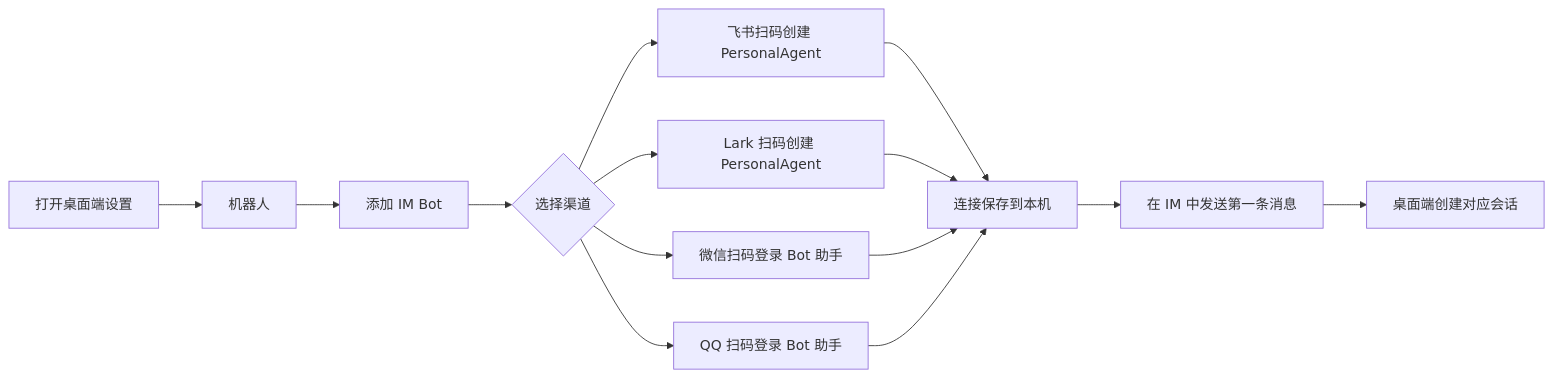
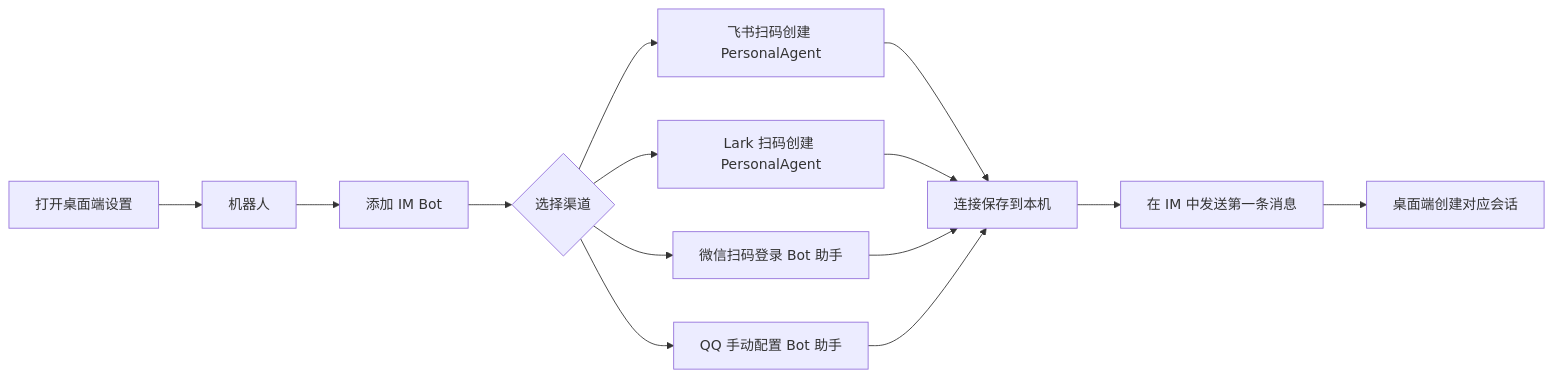
The first of 3 diagrams in docs/BOT_GUIDE.zh-CN.md (zuohuadong/volt-gui), drawn with Mermaid before and after one commit. The commit also changed other lines of this file and 1 other file, not shown here.

First line of the commit message:
docs: fix QQ Bot description - change from QR scan to manual config

````diff
--- a/docs/BOT_GUIDE.zh-CN.md
+++ b/docs/BOT_GUIDE.zh-CN.md
@@ -42,16 +42,16 @@
 ```mermaid
 flowchart LR
   A["打开桌面端设置"] --> B["机器人"]
   B --> C["添加 IM Bot"]
   C --> D{"选择渠道"}
   D --> E["飞书扫码创建 PersonalAgent"]
   D --> F["Lark 扫码创建 PersonalAgent"]
   D --> G["微信扫码登录 Bot 助手"]
-  D --> H["QQ 扫码登录 Bot 助手"]
+  D --> H["QQ 手动配置 Bot 助手"]
   E --> I["连接保存到本机"]
   F --> I
   G --> I
   H --> I
   I --> J["在 IM 中发送第一条消息"]
   J --> K["桌面端创建对应会话"]
 ```
````
